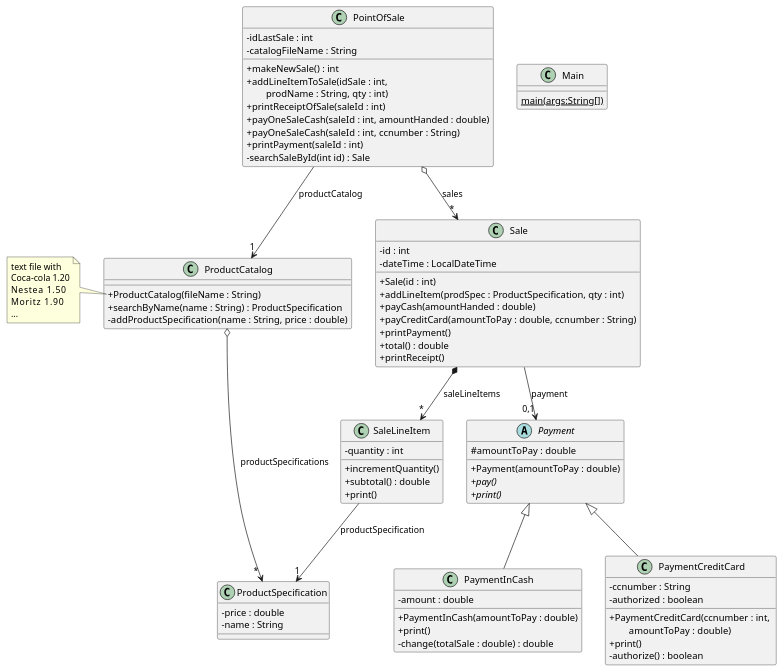
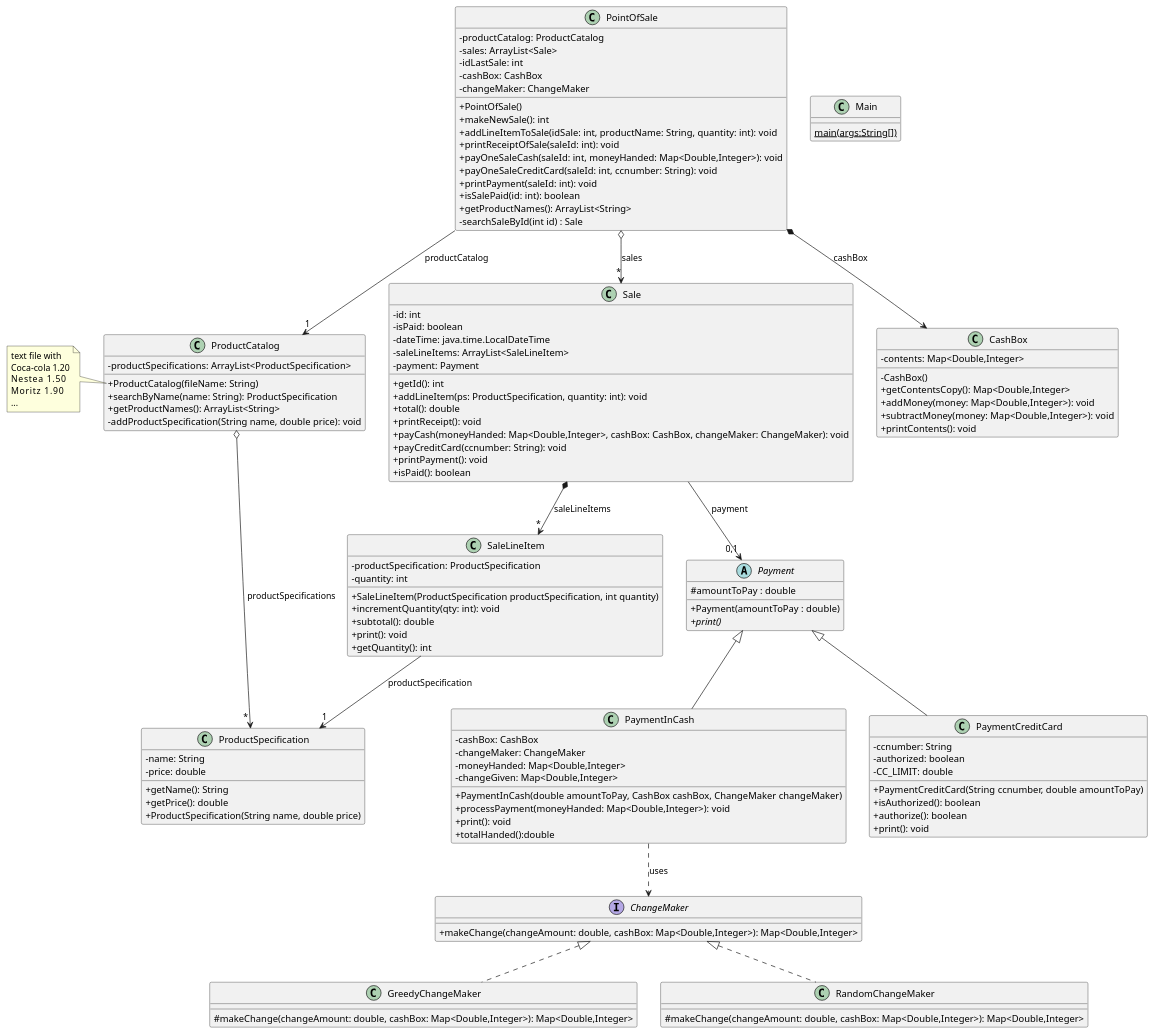
One commit to 1670166YoussefR/PointOfSale_Entrega changed the diagram in src/pos_creditcard/pos_final_cc.puml. Above: the diagram before and after it, drawn with PlantUML.

Commit message:
PlantUML Generat

```diff
--- a/src/pos_creditcard/pos_final_cc.puml
+++ b/src/pos_creditcard/pos_final_cc.puml
@@ -1,91 +1,140 @@
 @startuml
 'https://plantuml.com/class-diagram
 skinparam classAttributeIconSize 0
 
 class Main {
 {static} main(args:String[])
 }
 
 class PointOfSale {
-- idLastSale : int
-- catalogFileName : String
-+ makeNewSale() : int
-+ addLineItemToSale(idSale : int, \n\tprodName : String, qty : int)
-+ printReceiptOfSale(saleId : int)
-+ payOneSaleCash(saleId : int, amountHanded : double)
-+ payOneSaleCash(saleId : int, ccnumber : String)
-+ printPayment(saleId : int)
-- searchSaleById(int id) : Sale
-}
+    - productCatalog: ProductCatalog
+    - sales: ArrayList<Sale>
+    - idLastSale: int
+    - cashBox: CashBox
+    - changeMaker: ChangeMaker
+    + PointOfSale()
+    + makeNewSale(): int
+    + addLineItemToSale(idSale: int, productName: String, quantity: int): void
+    + printReceiptOfSale(saleId: int): void
+    + payOneSaleCash(saleId: int, moneyHanded: Map<Double,Integer>): void
+    + payOneSaleCreditCard(saleId: int, ccnumber: String): void
+    + printPayment(saleId: int): void
+    + isSalePaid(id: int): boolean
+    + getProductNames(): ArrayList<String>
+    - searchSaleById(int id) : Sale
+  }
 
-class ProductCatalog {
-+ ProductCatalog(fileName : String)
-+ searchByName(name : String) : ProductSpecification
-- addProductSpecification(name : String, price : double)
-}
+
+ class ProductCatalog {
+    - productSpecifications: ArrayList<ProductSpecification>
+    + ProductCatalog(fileName: String)
+    + searchByName(name: String): ProductSpecification
+    + getProductNames(): ArrayList<String>
+    - addProductSpecification(String name, double price): void
+  }
+
 
 note left of ProductCatalog::ProductCatalog {
 text file with
 Coca-cola 1.20
 Nestea    1.50
 Moritz    1.90
 ...
 }
 
 class ProductSpecification {
-- price : double
-- name : String
+    - name: String
+    - price: double
+    + getName(): String
+    + getPrice(): double
+    + ProductSpecification(String name, double price)
 }
 
+
 class Sale {
-- id : int
-- dateTime : LocalDateTime
-+ Sale(id : int)
-+ addLineItem(prodSpec : ProductSpecification, qty : int)
-+ payCash(amountHanded : double)
-+ payCreditCard(amountToPay : double, ccnumber : String)
-+ printPayment()
-+ total() : double
-+ printReceipt()
-
+    - id: int
+    - isPaid: boolean
+    - dateTime: java.time.LocalDateTime
+    - saleLineItems: ArrayList<SaleLineItem>
+    - payment: Payment
+    + getId(): int
+    + addLineItem(ps: ProductSpecification, quantity: int): void
+    + total(): double
+    + printReceipt(): void
+    + payCash(moneyHanded: Map<Double,Integer>, cashBox: CashBox, changeMaker: ChangeMaker): void
+    + payCreditCard(ccnumber: String): void
+    + printPayment(): void
+    + isPaid(): boolean
 }
 
+
 class SaleLineItem {
-- quantity : int
-+ incrementQuantity()
-+ subtotal() : double
-+ print()
+    - productSpecification: ProductSpecification
+    - quantity: int
+    + SaleLineItem(ProductSpecification productSpecification, int quantity)
+    + incrementQuantity(qty: int): void
+    + subtotal(): double
+    + print(): void
+    + getQuantity(): int
 }
+
 
 abstract class Payment {
   # amountToPay : double
   + Payment(amountToPay : double)
-  + {abstract} pay()
   + {abstract} print()
 }
 
 class PaymentInCash extends Payment {
-  - amount : double
-  + PaymentInCash(amountToPay : double)
-  + print()
-  - change(totalSale : double) : double
+    - cashBox: CashBox
+    - changeMaker: ChangeMaker
+    - moneyHanded: Map<Double,Integer>
+    - changeGiven: Map<Double,Integer>
+    + PaymentInCash(double amountToPay, CashBox cashBox, ChangeMaker changeMaker)
+    + processPayment(moneyHanded: Map<Double,Integer>): void
+    + print(): void
+    + totalHanded():double
 }
 
-Sale --> "0,1" Payment : payment
+class PaymentCreditCard extends Payment {
+    - ccnumber: String
+    - authorized: boolean
+    - CC_LIMIT: double
+    + PaymentCreditCard(String ccnumber, double amountToPay)
+    + isAuthorized(): boolean
+    + authorize(): boolean
+    + print(): void
+}
+
+interface ChangeMaker {
+    + makeChange(changeAmount: double, cashBox: Map<Double,Integer>): Map<Double,Integer>
+}
+
+class GreedyChangeMaker implements ChangeMaker{
+    # makeChange(changeAmount: double, cashBox: Map<Double,Integer>): Map<Double,Integer>
+}
+
+class RandomChangeMaker implements ChangeMaker{
+    # makeChange(changeAmount: double, cashBox: Map<Double,Integer>): Map<Double,Integer>
+}
+
+class CashBox {
+    - contents: Map<Double,Integer>
+    - CashBox()
+    + getContentsCopy(): Map<Double,Integer>
+    + addMoney(money: Map<Double,Integer>): void
+    + subtractMoney(money: Map<Double,Integer>): void
+    + printContents(): void
+}
 
 
-class PaymentCreditCard extends Payment {
-  - ccnumber : String
-  - authorized : boolean  
-  + PaymentCreditCard(ccnumber : int, \n\tamountToPay : double)
-  + print()
-  - authorize() : boolean
-}
-
 PointOfSale o--> "*" Sale : sales
+Sale --> "0,1" Payment : payment
 Sale *--> "*" SaleLineItem : saleLineItems
 SaleLineItem --> "1" ProductSpecification : productSpecification
 PointOfSale --> "1" ProductCatalog : productCatalog
 ProductCatalog o--> " * " ProductSpecification : productSpecifications
+PointOfSale *--> CashBox : cashBox
+PaymentInCash ..> ChangeMaker : uses
 
 @enduml
```
